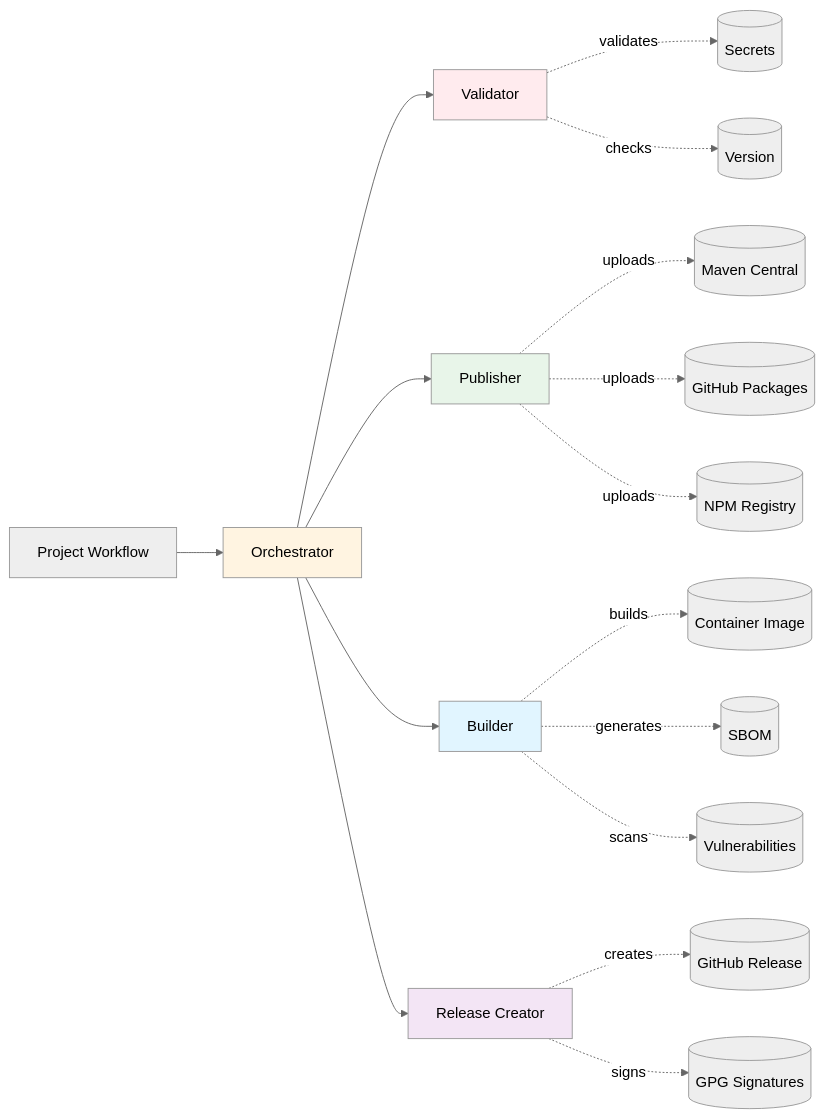
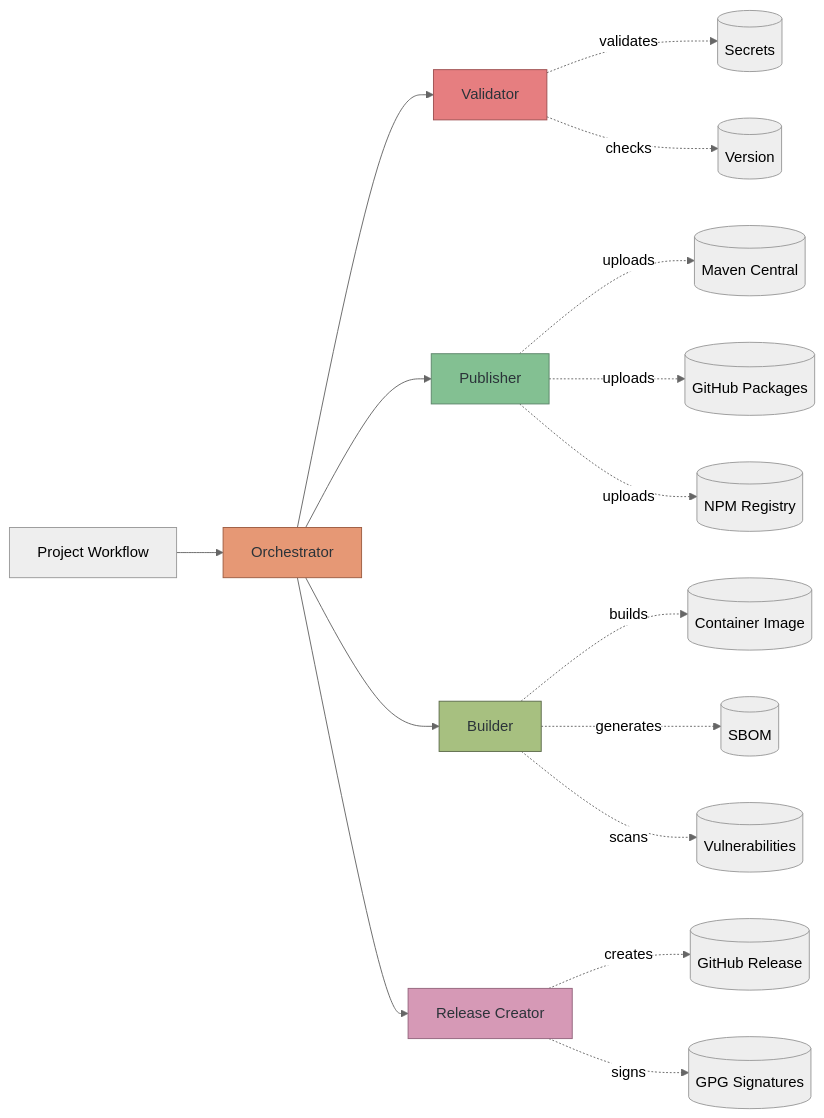
The third of 6 diagrams in docs/workflows.md (diggsweden/reusable-ci), drawn with Mermaid (neutral theme) before and after one commit. The commit also changed other lines of this file and 17 other files, not shown here.

````diff
--- a/docs/workflows.md
+++ b/docs/workflows.md
@@ -97,28 +76,28 @@
 ```mermaid
 graph LR
     A[Project Workflow] --> B[Orchestrator]
     B --> C[Validator]
     B --> D[Publisher]
     B --> E[Builder]
     B --> F[Release Creator]
 
     C -.validates.-> G[(Secrets)]
     C -.checks.-> H[(Version)]
 
     D -.uploads.-> I[(Maven Central)]
     D -.uploads.-> J[(GitHub Packages)]
     D -.uploads.-> K[(NPM Registry)]
 
     E -.builds.-> L[(Container Image)]
     E -.generates.-> M[(SBOM)]
     E -.scans.-> N[(Vulnerabilities)]
 
     F -.creates.-> O[(GitHub Release)]
     F -.signs.-> P[(GPG Signatures)]
 
-    style B fill:#fff4e1
-    style C fill:#ffebee
-    style D fill:#e8f5e9
-    style E fill:#e1f5ff
-    style F fill:#f3e5f5
+    style B fill:#e69875,stroke:#9d5c41,color:#2b3339
+    style C fill:#e67e80,stroke:#9d4f50,color:#2b3339
+    style D fill:#83c092,stroke:#5c856a,color:#2b3339
+    style E fill:#a7c080,stroke:#5c6a4a,color:#2b3339
+    style F fill:#d699b6,stroke:#93647c,color:#2b3339
 ```
````
